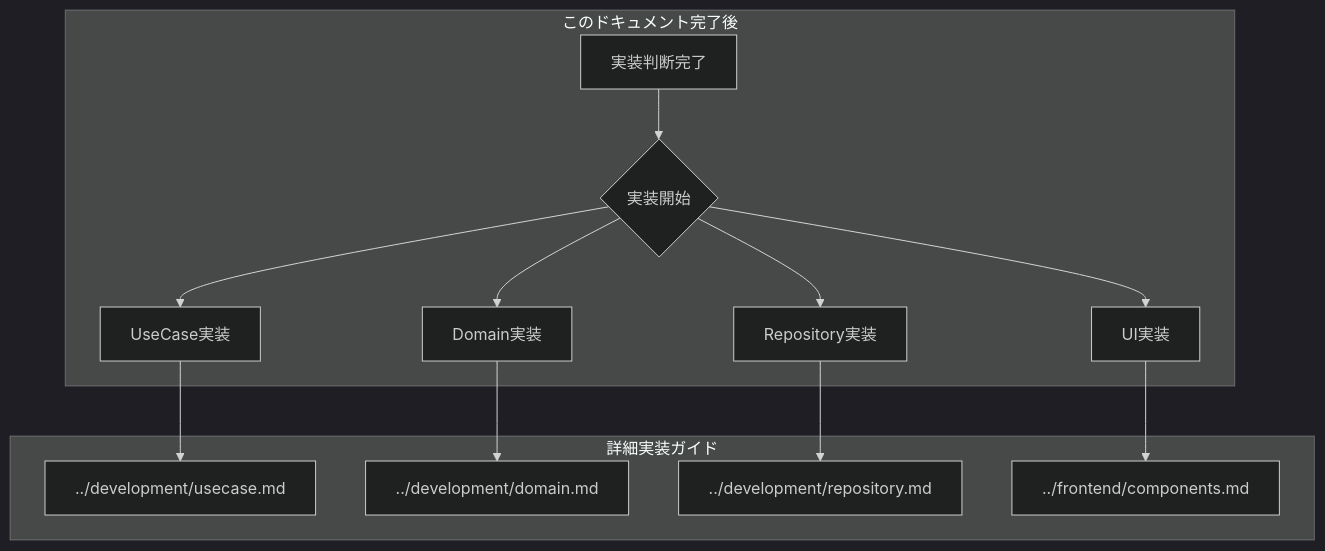
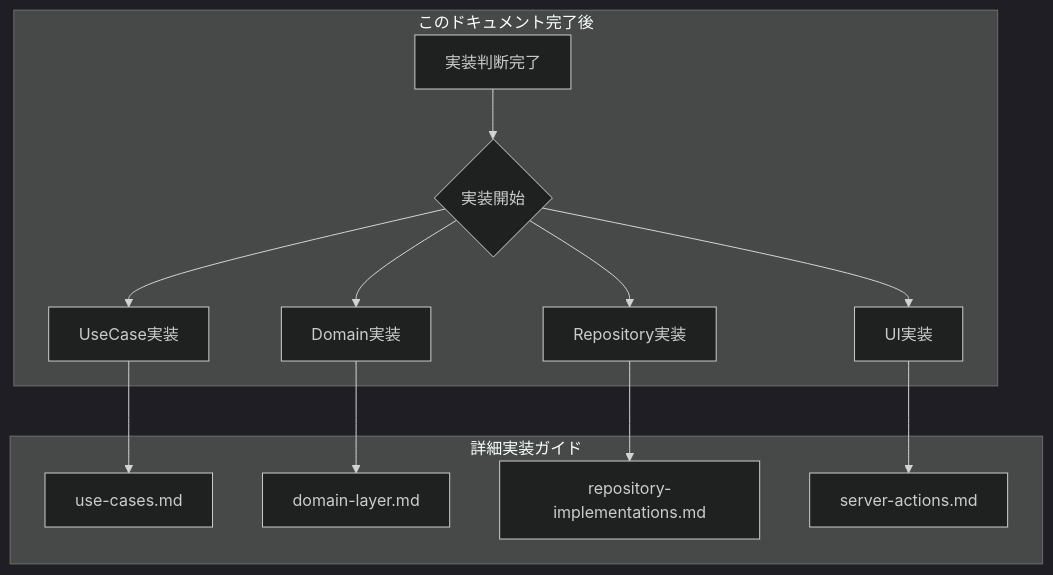
The tenth of 10 diagrams in _DOCS/guides/implementation/decision-guide.md (derushio/d-next-ddd-example), drawn with Mermaid (dark theme) before and after one commit. The commit also changed other lines of this file and 102 other files, not shown here.

````diff
--- a/_DOCS/guides/implementation/decision-guide.md
+++ b/_DOCS/guides/implementation/decision-guide.md
@@ -449,17 +449,17 @@
 ```mermaid
 graph TB
     subgraph "このドキュメント完了後"
         A[実装判断完了] --> B{実装開始}
         B --> C[UseCase実装]
         B --> D[Domain実装]
         B --> E[Repository実装]
         B --> F[UI実装]
     end
 
     subgraph "詳細実装ガイド"
-        C --> C1[../development/usecase.md]
-        D --> D1[../development/domain.md]
-        E --> E1[../development/repository.md]
-        F --> F1[../frontend/components.md]
+        C --> C1[use-cases.md]
+        D --> D1[domain-layer.md]
+        E --> E1[repository-implementations.md]
+        F --> F1[server-actions.md]
     end
 ```
````
